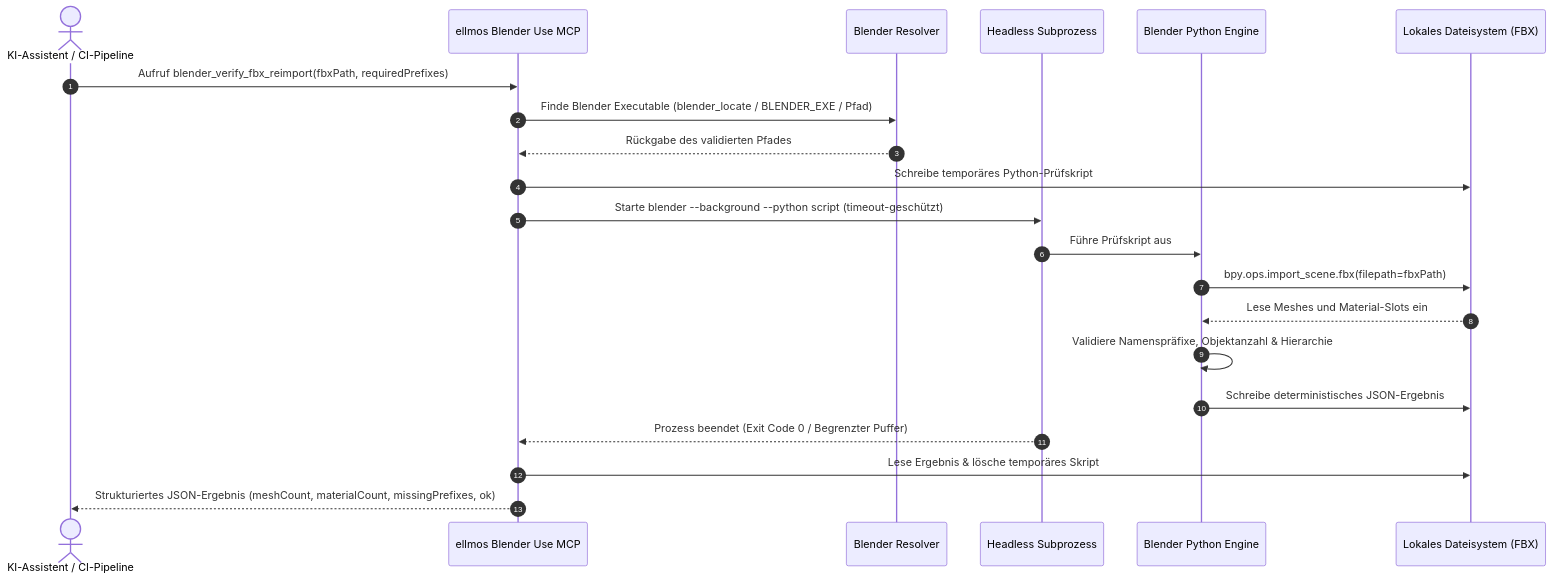
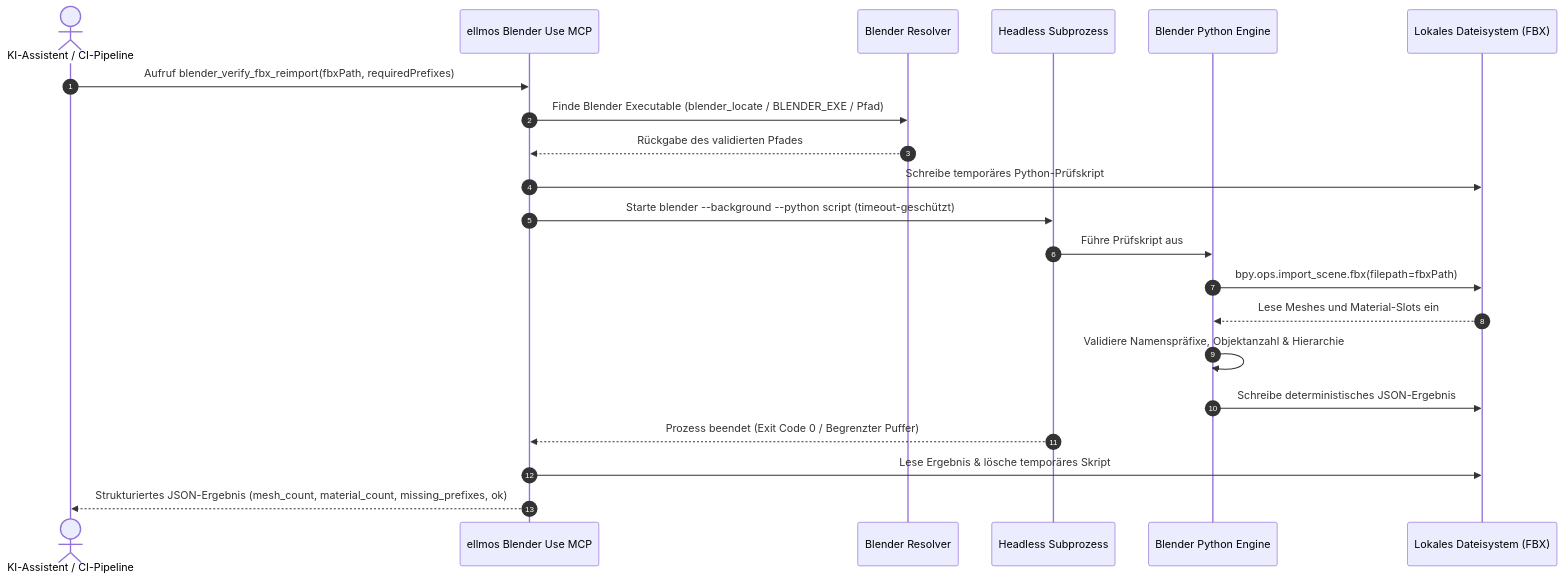
The second of 3 diagrams in README_de.md (ellmos-ai/ellmos-blender-use-mcp), drawn with Mermaid before and after one commit. The commit also changed other lines of this file and 14 other files, not shown here.

````diff
--- a/README_de.md
+++ b/README_de.md
@@ -229,24 +229,24 @@
 ```mermaid
 sequenceDiagram
     autonumber
     actor Client as KI-Assistent / CI-Pipeline
     participant Server as ellmos Blender Use MCP
     participant Resolver as Blender Resolver
     participant Process as Headless Subprozess
     participant Python as Blender Python Engine
     participant FS as Lokales Dateisystem (FBX)
 
     Client->>Server: Aufruf blender_verify_fbx_reimport(fbxPath, requiredPrefixes)
     Server->>Resolver: Finde Blender Executable (blender_locate / BLENDER_EXE / Pfad)
     Resolver-->>Server: Rückgabe des validierten Pfades
     Server->>FS: Schreibe temporäres Python-Prüfskript
     Server->>Process: Starte blender --background --python script (timeout-geschützt)
     Process->>Python: Führe Prüfskript aus
     Python->>FS: bpy.ops.import_scene.fbx(filepath=fbxPath)
     FS-->>Python: Lese Meshes und Material-Slots ein
     Python->>Python: Validiere Namenspräfixe, Objektanzahl & Hierarchie
     Python->>FS: Schreibe deterministisches JSON-Ergebnis
     Process-->>Server: Prozess beendet (Exit Code 0 / Begrenzter Puffer)
     Server->>FS: Lese Ergebnis & lösche temporäres Skript
-    Server-->>Client: Strukturiertes JSON-Ergebnis (meshCount, materialCount, missingPrefixes, ok)
+    Server-->>Client: Strukturiertes JSON-Ergebnis (mesh_count, material_count, missing_prefixes, ok)
 ```
````
